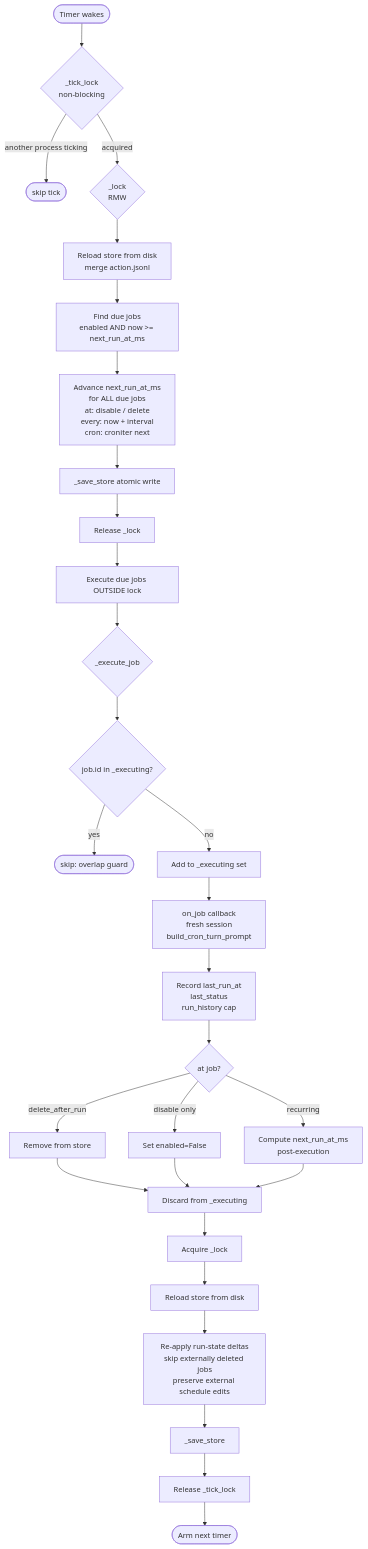
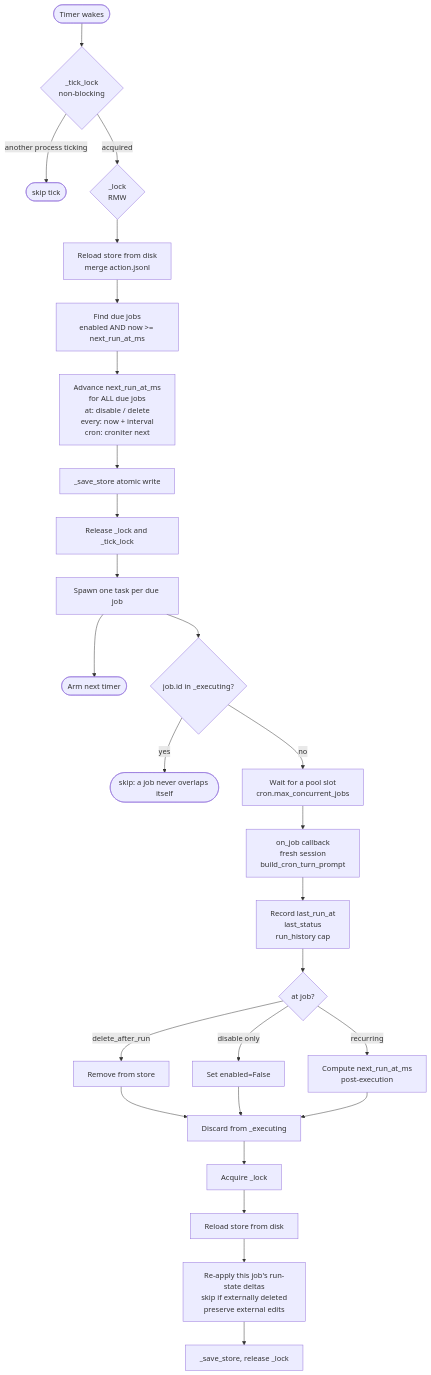
Before and after one commit to mmarmol/durin: the diagram in docs/internals/cron.md, drawn with Mermaid. The commit also changed other lines of this file and 15 other files, not shown here.

````diff
--- a/docs/internals/cron.md
+++ b/docs/internals/cron.md
@@ -22,29 +22,27 @@
 ```mermaid
 flowchart TD
     A([Timer wakes]) --> B{_tick_lock\nnon-blocking}
     B -->|another process ticking| Z([skip tick])
     B -->|acquired| C{_lock\nRMW}
     C --> D[Reload store from disk\nmerge action.jsonl]
     D --> E[Find due jobs\nenabled AND now >= next_run_at_ms]
     E --> F[Advance next_run_at_ms\nfor ALL due jobs\nat: disable / delete\nevery: now + interval\ncron: croniter next]
     F --> G[_save_store atomic write]
-    G --> H[Release _lock]
-    H --> I[Execute due jobs OUTSIDE lock]
-    I --> J{_execute_job}
-    J --> K{job.id in _executing?}
-    K -->|yes| L([skip: overlap guard])
-    K -->|no| M[Add to _executing set]
+    G --> H[Release _lock and _tick_lock]
+    H --> I[Spawn one task per due job]
+    I --> AA([Arm next timer])
+    I --> J{job.id in _executing?}
+    J -->|yes| L([skip: a job never overlaps itself])
+    J -->|no| M[Wait for a pool slot\ncron.max_concurrent_jobs]
     M --> N[on_job callback\nfresh session\nbuild_cron_turn_prompt]
     N --> O[Record last_run_at\nlast_status\nrun_history cap]
     O --> P{at job?}
     P -->|delete_after_run| Q[Remove from store]
     P -->|disable only| R[Set enabled=False]
     P -->|recurring| S[Compute next_run_at_ms\npost-execution]
     Q & R & S --> T[Discard from _executing]
     T --> U[Acquire _lock]
     U --> V[Reload store from disk]
-    V --> W[Re-apply run-state deltas\nskip externally deleted jobs\npreserve external schedule edits]
-    W --> X[_save_store]
-    X --> Y[Release _tick_lock]
-    Y --> AA([Arm next timer])
+    V --> W[Re-apply this job's run-state deltas\nskip if externally deleted\npreserve external edits]
+    W --> X[_save_store, release _lock]
 ```
````
